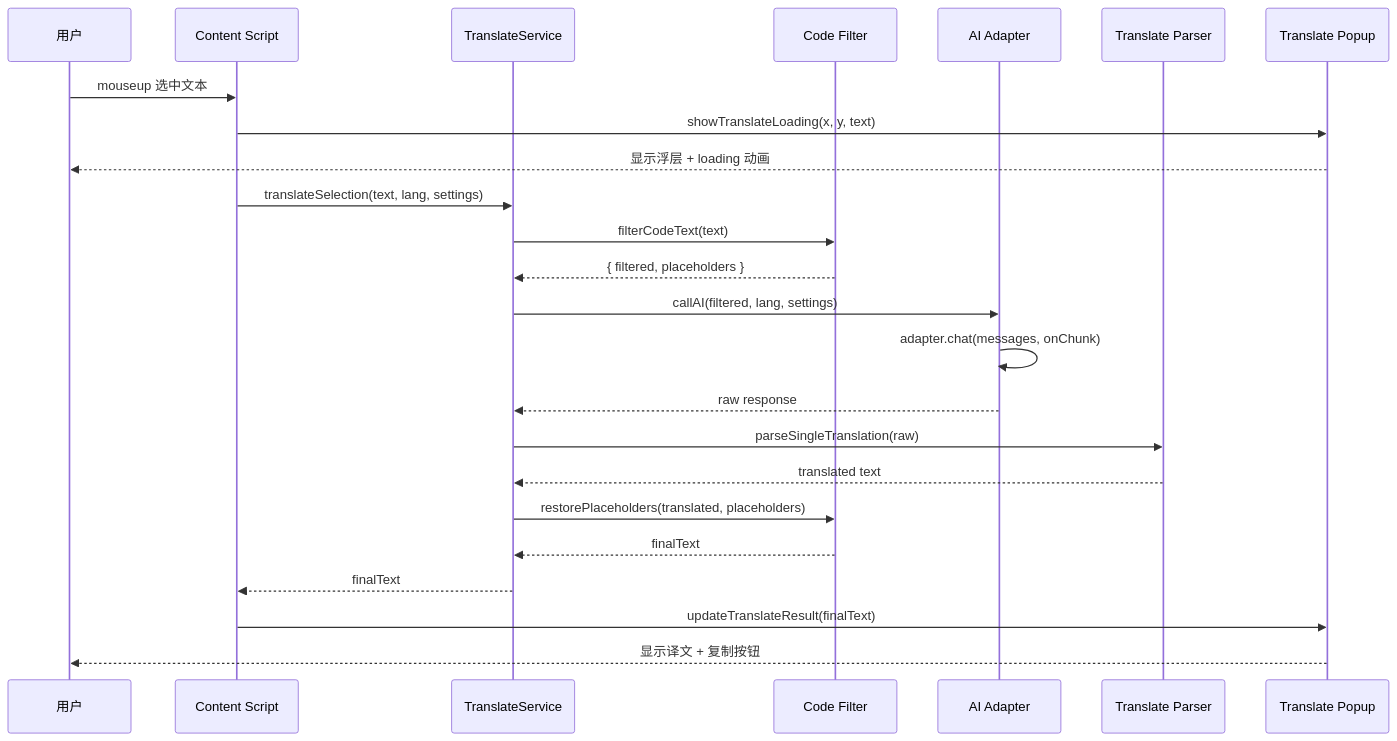
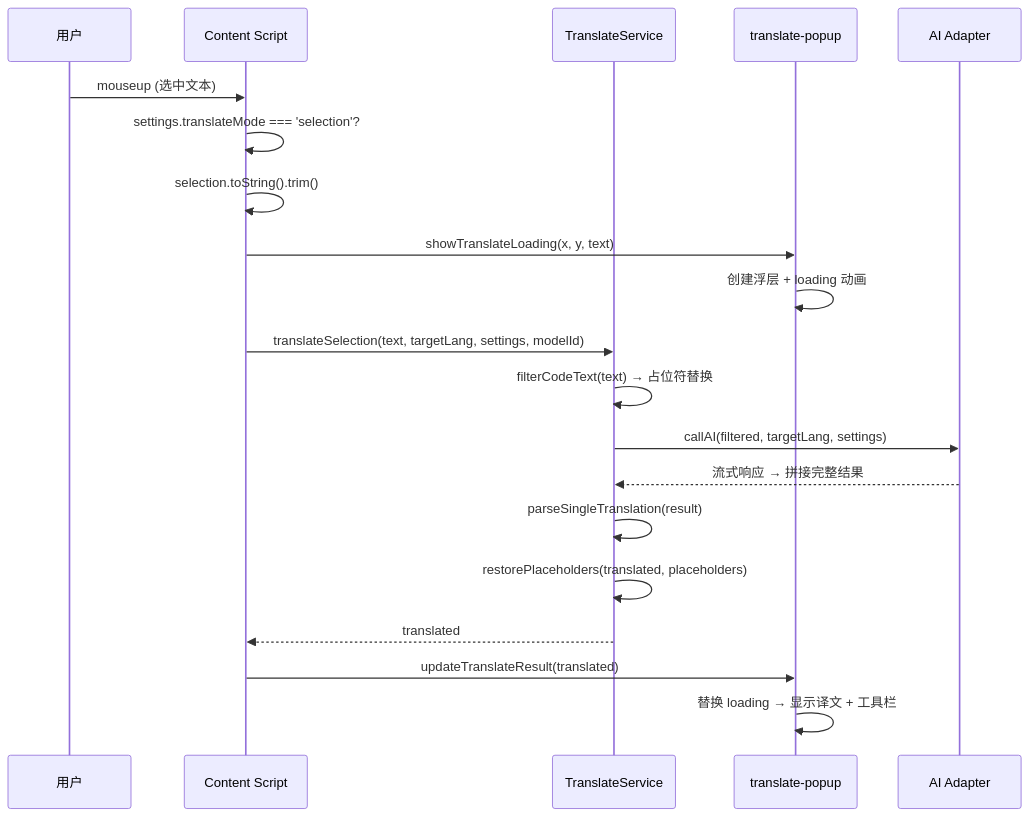
Before and after one commit to zw123zw/ai-browser: the second of 12 diagrams in docs/architecture/translation.md, drawn with Mermaid. The commit also changed other lines of this file and 42 other files, not shown here.

````diff
--- a/docs/architecture/translation.md
+++ b/docs/architecture/translation.md
@@ -366,32 +75,25 @@
 ```mermaid
 sequenceDiagram
     participant User as 用户
     participant CS as Content Script
     participant TS as TranslateService
-    participant CF as Code Filter
+    participant Popup as translate-popup
     participant AI as AI Adapter
-    participant TP as Translate Parser
-    participant Popup as Translate Popup
 
-    User->>CS: mouseup 选中文本
+    User->>CS: mouseup (选中文本)
+    CS->>CS: settings.translateMode === 'selection'?
+    CS->>CS: selection.toString().trim()
     CS->>Popup: showTranslateLoading(x, y, text)
-    Popup-->>User: 显示浮层 + loading 动画
+    Popup->>Popup: 创建浮层 + loading 动画
 
-    CS->>TS: translateSelection(text, lang, settings)
-    TS->>CF: filterCodeText(text)
-    CF-->>TS: { filtered, placeholders }
+    CS->>TS: translateSelection(text, targetLang, settings, modelId)
+    TS->>TS: filterCodeText(text) → 占位符替换
+    TS->>AI: callAI(filtered, targetLang, settings)
+    AI-->>TS: 流式响应 → 拼接完整结果
+    TS->>TS: parseSingleTranslation(result)
+    TS->>TS: restorePlaceholders(translated, placeholders)
+    TS-->>CS: translated
 
-    TS->>AI: callAI(filtered, lang, settings)
-    AI->>AI: adapter.chat(messages, onChunk)
-    AI-->>TS: raw response
-
-    TS->>TP: parseSingleTranslation(raw)
-    TP-->>TS: translated text
-
-    TS->>CF: restorePlaceholders(translated, placeholders)
-    CF-->>TS: finalText
-
-    TS-->>CS: finalText
-    CS->>Popup: updateTranslateResult(finalText)
-    Popup-->>User: 显示译文 + 复制按钮
+    CS->>Popup: updateTranslateResult(translated)
+    Popup->>Popup: 替换 loading → 显示译文 + 工具栏
 ```
````
